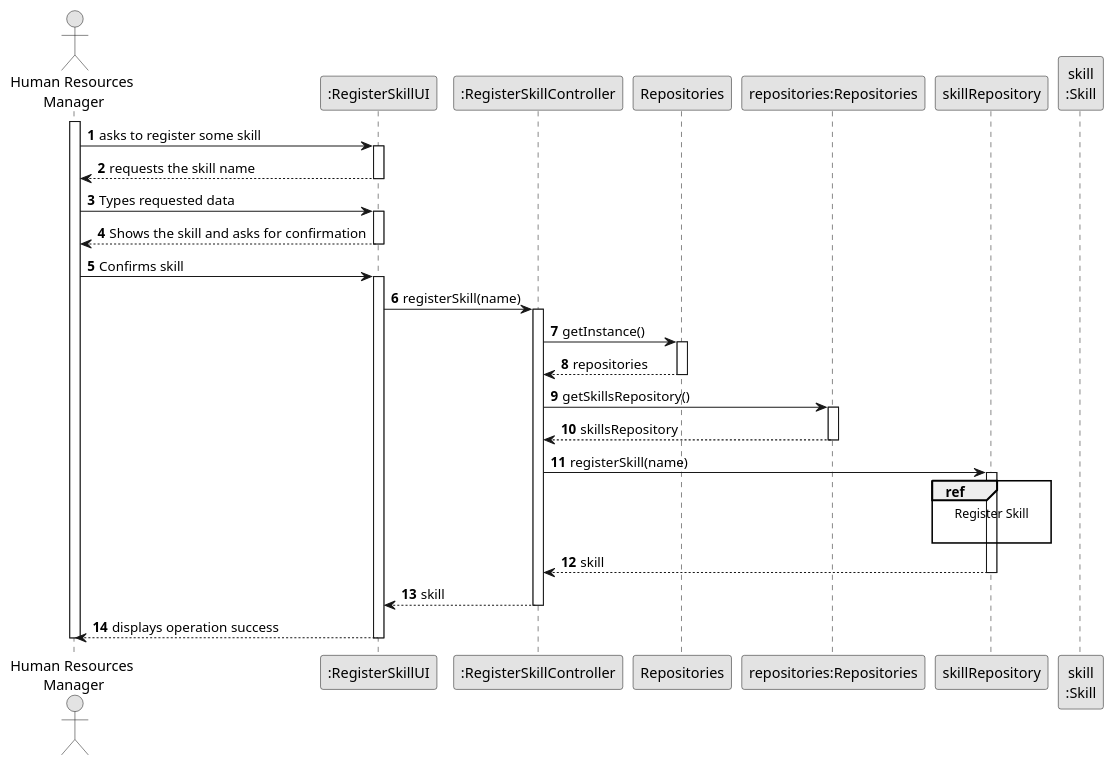
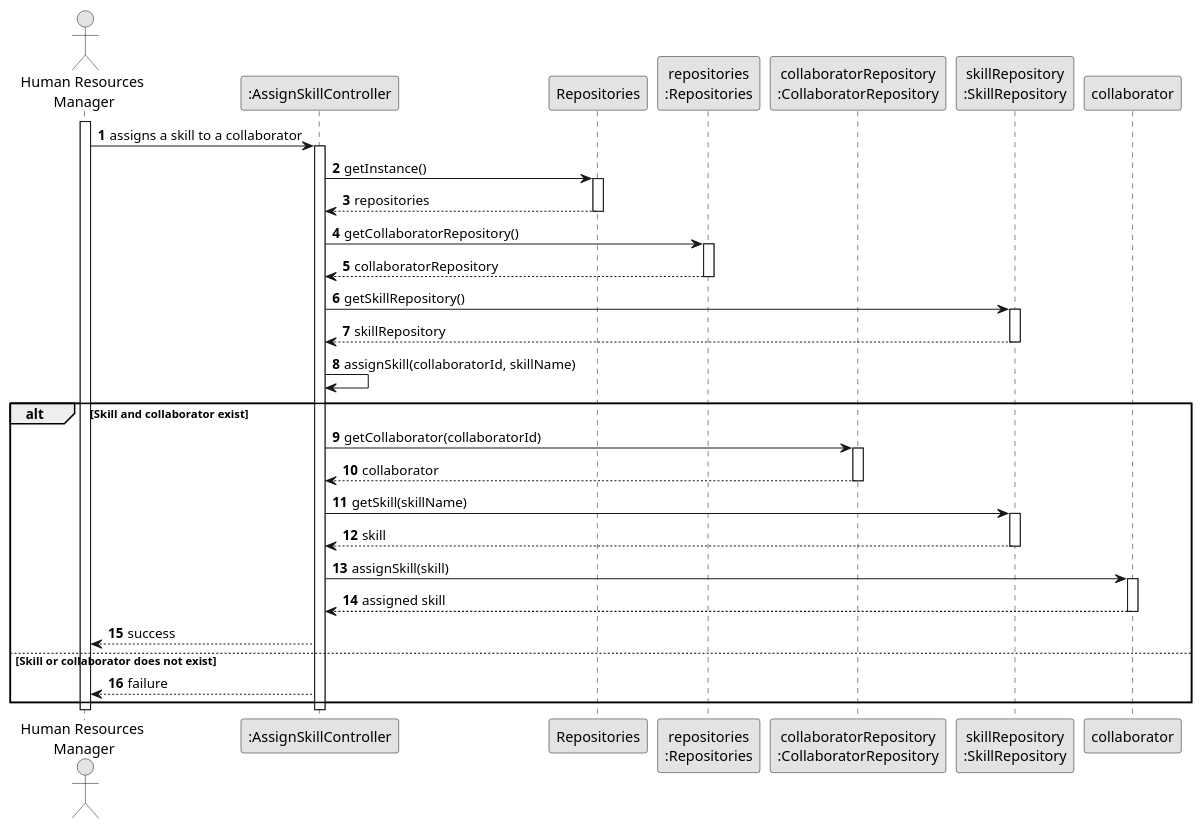
The diagram in docs/sprintB/us004/03.design/puml/us004-sequence-diagram-full.puml (diogoveirospro/lei-24-s2-1dg-g072), drawn with PlantUML before and after one commit. The commit also changed 4 other files, not shown here.

```diff
--- a/docs/sprintB/us004/03.design/puml/us004-sequence-diagram-full.puml
+++ b/docs/sprintB/us004/03.design/puml/us004-sequence-diagram-full.puml
@@ -1,66 +1,69 @@
 @startuml
 skinparam monochrome true
 skinparam packageStyle rectangle
 skinparam shadowing false
 
 autonumber
 
 'hide footbox
 actor "Human Resources\n Manager" as HRM
-participant ":RegisterSkillUI" as UI
-participant ":RegisterSkillController" as CTRL
+participant ":AssignSkillController" as CTRL
 participant Repositories
-participant "repositories:Repositories" as REP
-participant "skillRepository" as SREP
-participant "skill\n:Skill" as skill
+participant "repositories\n:Repositories" as REP
+participant "collaboratorRepository\n:CollaboratorRepository" as COLREP
+participant "skillRepository\n:SkillRepository" as SKILLREP
 
 activate HRM
 
+    HRM -> CTRL : assigns a skill to a collaborator
+    activate CTRL
 
-        HRM -> UI : asks to register some skill
-        activate UI
+        CTRL -> Repositories: getInstance()
+        activate Repositories
 
-                UI --> HRM : requests the skill name
-        deactivate UI
-        HRM -> UI: Types requested data
-        activate UI
+            Repositories --> CTRL: repositories
+        deactivate Repositories
 
-                UI --> HRM : Shows the skill and asks for confirmation
-        deactivate UI
-        HRM -> UI : Confirms skill
-        activate UI
+        CTRL -> REP: getCollaboratorRepository()
+        activate REP
 
-                UI -> CTRL: registerSkill(name)
+            REP --> CTRL: collaboratorRepository
+        deactivate REP
 
-                activate CTRL
+        CTRL -> SKILLREP : getSkillRepository()
+        activate SKILLREP
 
-                        CTRL -> Repositories: getInstance()
+            SKILLREP --> CTRL: skillRepository
+        deactivate SKILLREP
 
-                        activate Repositories
+        CTRL -> CTRL: assignSkill(collaboratorId, skillName)
 
-                                Repositories --> CTRL: repositories
-                        deactivate Repositories
+            alt Skill and collaborator exist
+                CTRL -> COLREP: getCollaborator(collaboratorId)
+                activate COLREP
 
-                        CTRL -> REP: getSkillsRepository()
-                        activate REP
+                    COLREP --> CTRL: collaborator
+                deactivate COLREP
 
-                                REP --> CTRL: skillsRepository
-                        deactivate REP
-                        CTRL -> SREP: registerSkill(name)
-                        activate SREP
+                CTRL -> SKILLREP: getSkill(skillName)
+                activate SKILLREP
 
-                                ref over SREP
-                                        Register Skill
+                    SKILLREP --> CTRL: skill
+                deactivate SKILLREP
 
-                                end
-                                SREP --> CTRL: skill
-                        deactivate SREP
+                CTRL -> collaborator: assignSkill(skill)
+                activate collaborator
 
-                        CTRL --> UI: skill
-                deactivate CTRL
+                    collaborator --> CTRL: assigned skill
+                deactivate collaborator
 
-                UI --> HRM: displays operation success
-        deactivate UI
+                CTRL --> HRM: success
+            else Skill or collaborator does not exist
+                CTRL --> HRM: failure
+            end
+
+    deactivate CTRL
+
 deactivate HRM
 
 @enduml
```
